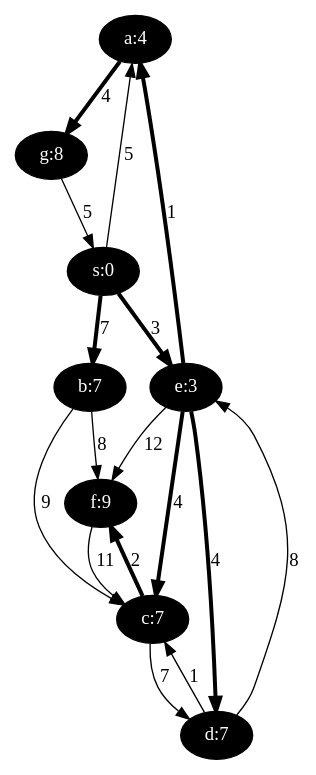
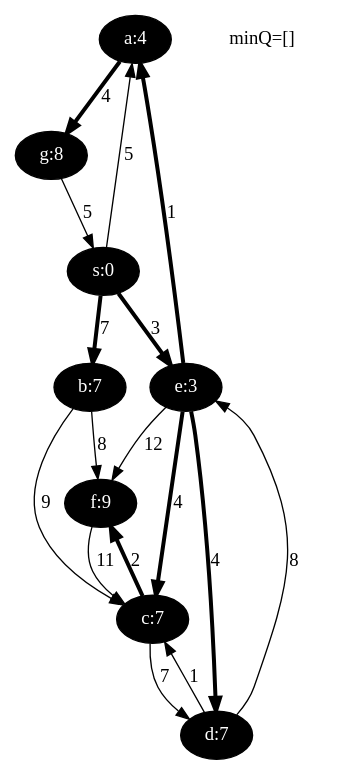
Before and after one commit to nicolasrenet/Graphs: the diagram in examples/dijkstra_gross_yellen_08.dot, drawn with Graphviz. The commit also changed 214 other files, not shown here.

Commit message:
Added an extra key (label) to the vertex comparison function. Dijkstra's key shows content of the min queue. Various layout changes in the LaTeX documents (added an figure width ratio option to alg_to_tex.py). Cleaned up the Makefile.

```diff
--- a/examples/dijkstra_gross_yellen_08.dot
+++ b/examples/dijkstra_gross_yellen_08.dot
@@ -1,26 +1,27 @@
 Digraph {
 a [ label="a:4" fontcolor=white style=filled fontname="time-bold" fillcolor=black ];
 b [ label="b:7" fontcolor=white style=filled fontname="time-bold" fillcolor=black ];
 c [ label="c:7" fontcolor=white style=filled fontname="time-bold" fillcolor=black ];
 d [ label="d:7" fontcolor=white style=filled fontname="time-bold" fillcolor=black ];
 e [ label="e:3" fontcolor=white style=filled fontname="time-bold" fillcolor=black ];
 f [ label="f:9" fontcolor=white style=filled fontname="time-bold" fillcolor=black ];
 g [ label="g:8" fontcolor=white style=filled fontname="time-bold" fillcolor=black ];
 s [ label="s:0" fontcolor=white style=filled fontname="time-bold" fillcolor=black ];
 a->g[label="4", penwidth=3];
 b->c[label="9", penwidth=1];
 b->f[label="8", penwidth=1];
 c->d[label="7", penwidth=1];
 c->f[label="2", penwidth=3];
 d->e[label="8", penwidth=1];
 d->c[label="1", penwidth=1];
 e->a[label="1", penwidth=3];
 e->c[label="4", penwidth=3];
 e->d[label="4", penwidth=3];
 e->f[label="12", penwidth=1];
 f->c[label="11", penwidth=1];
 g->s[label="5", penwidth=1];
 s->a[label="5", penwidth=1];
 s->b[label="7", penwidth=3];
 s->e[label="3", penwidth=3];
+legend[label="minQ=[]", color=white];
 }
```
